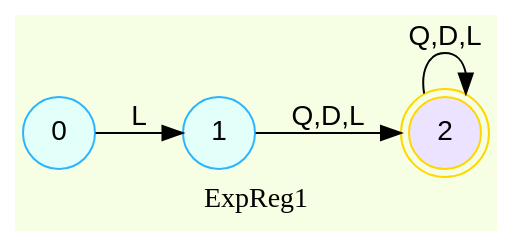
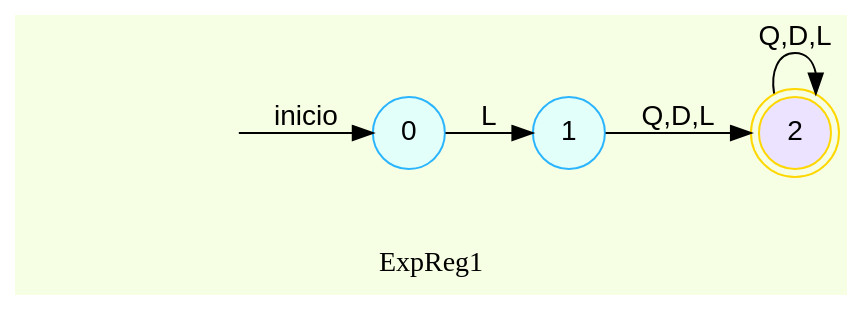
The diagram in AFD_202000119/ExpReg1.dot (SergieArizandieta/OLC1-P1-202000119), drawn with Graphviz before and after one commit. The commit also changed 15 other files, not shown here.

```diff
--- a/AFD_202000119/ExpReg1.dot
+++ b/AFD_202000119/ExpReg1.dot
@@ -1,12 +1,15 @@
 digraph finite_state_machine {
 	bgcolor = "#F6FFE3"
 	node [fontname="Helvetica,Arial,sans-serif" ]
 	edge [fontname="Helvetica,Arial,sans-serif"]
 	rankdir=LR;
-	node [shape = doublecircle, color = gold fillcolor="#EBE3FF" style =filled];2;
+	node [shape = doublecircle, color = gold fillcolor="#EBE3FF" style =filled];
+2;
 	node [shape = circle, color = "#2CB5FF" fillcolor="#E3FFFA" style =filled];
 
+	flechainicio [style=invis];
+	flechainicio -> 0 [label="inicio"];
 0->1[label = "L"];
 1->2[label = "Q,D,L"];
 2->2[label = "Q,D,L"];
 label= ExpReg1}
```
